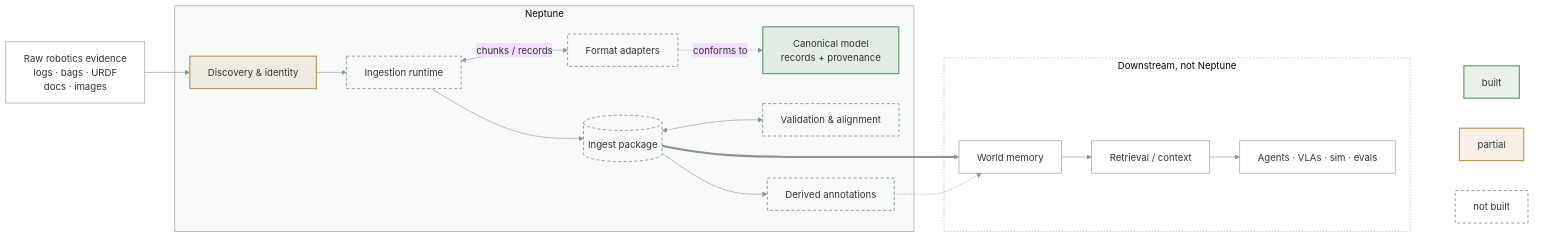
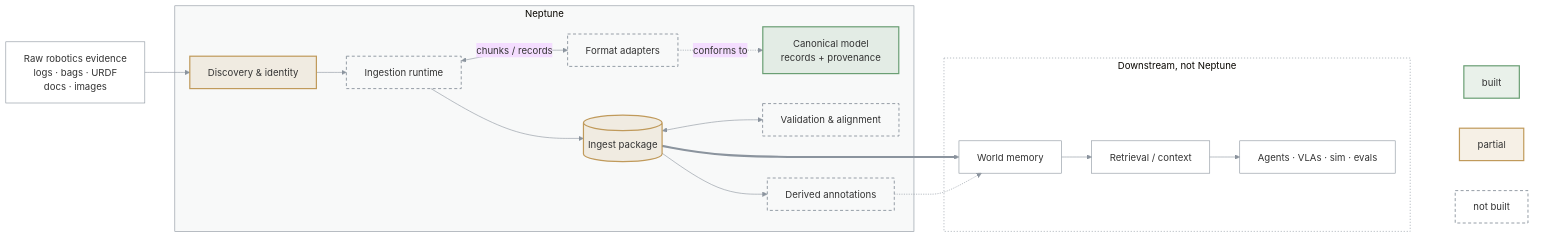
Before and after one commit to bennytay/neptune: the diagram in ARCHITECTURE.md, drawn with Mermaid (base theme). The commit also changed 4 other files, not shown here.

````diff
--- a/ARCHITECTURE.md
+++ b/ARCHITECTURE.md
@@ -3,49 +3,49 @@
 ```mermaid
 flowchart LR
   RAW["Raw robotics evidence<br/>logs · bags · URDF<br/>docs · images"]
 
   subgraph N["Neptune"]
     DISC["Discovery &amp; identity"]
     RT["Ingestion runtime"]
     AD["Format adapters"]
     CAN["Canonical model<br/>records + provenance"]
     PKG[("Ingest package")]
     VAL["Validation &amp; alignment"]
     DER["Derived annotations"]
   end
 
   subgraph D["Downstream, not Neptune"]
     MEM["World memory"]
     RET["Retrieval / context"]
     USE["Agents · VLAs · sim · evals"]
   end
 
   RAW --> DISC --> RT
   RT <-->|chunks / records| AD
   AD -.->|conforms to| CAN
   RT --> PKG
   PKG <--> VAL
   PKG --> DER
   PKG ==> MEM --> RET --> USE
   DER -.-> MEM
 
   subgraph KEY[" "]
     K1["built"]
     K2["partial"]
     K3["not built"]
   end
   USE ~~~ K1 & K2 & K3
 
   classDef built fill:#6a9f7426,stroke:#6a9f74,stroke-width:2px
   classDef partial fill:#c09a5b26,stroke:#c09a5b,stroke-width:2px
   classDef todo fill:none,stroke:#8b949e,stroke-width:1.5px,stroke-dasharray:5 4
   classDef ext fill:none,stroke:#8b949e,stroke-width:1px
   class CAN,K1 built
-  class DISC,K2 partial
-  class RT,AD,PKG,VAL,DER,K3 todo
+  class DISC,PKG,K2 partial
+  class RT,AD,VAL,DER,K3 todo
   class RAW,MEM,RET,USE ext
   style N fill:#8b949e0f,stroke:#8b949e
   style D fill:none,stroke:#8b949e,stroke-dasharray:2 3
   style KEY fill:none,stroke:none
   linkStyle default stroke:#8b949e
 ```
````
